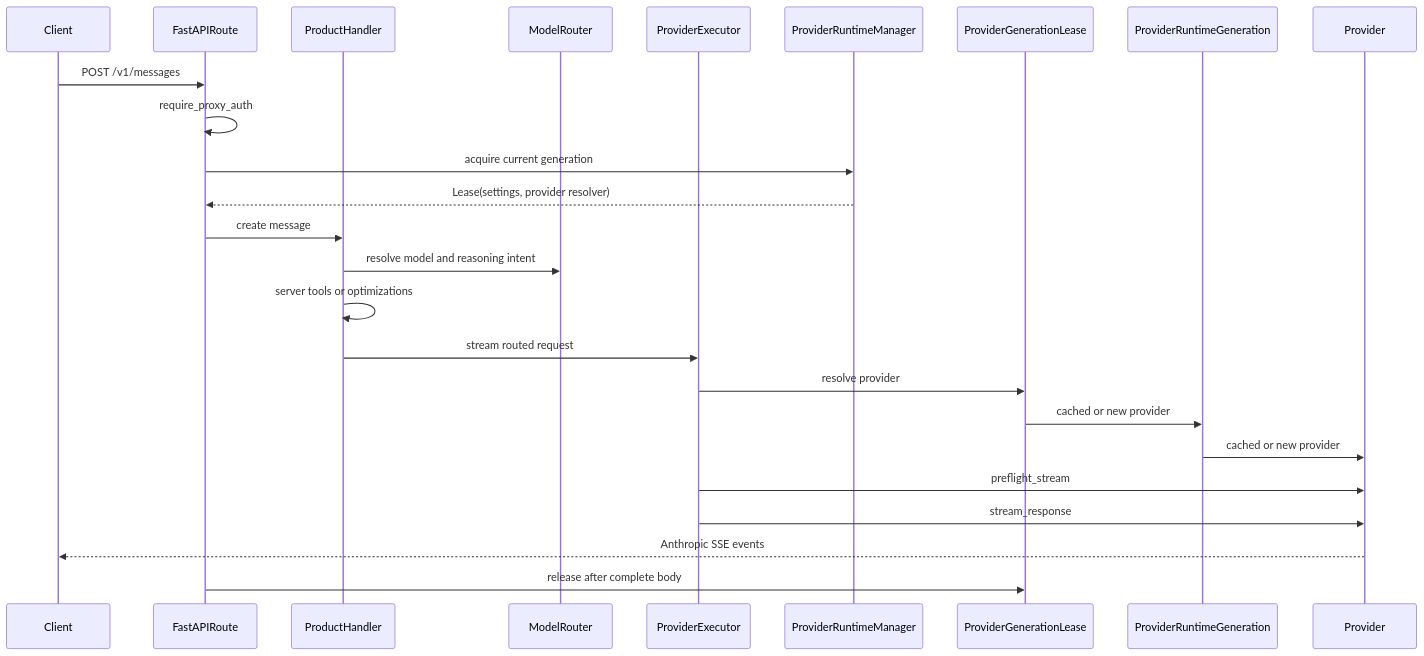
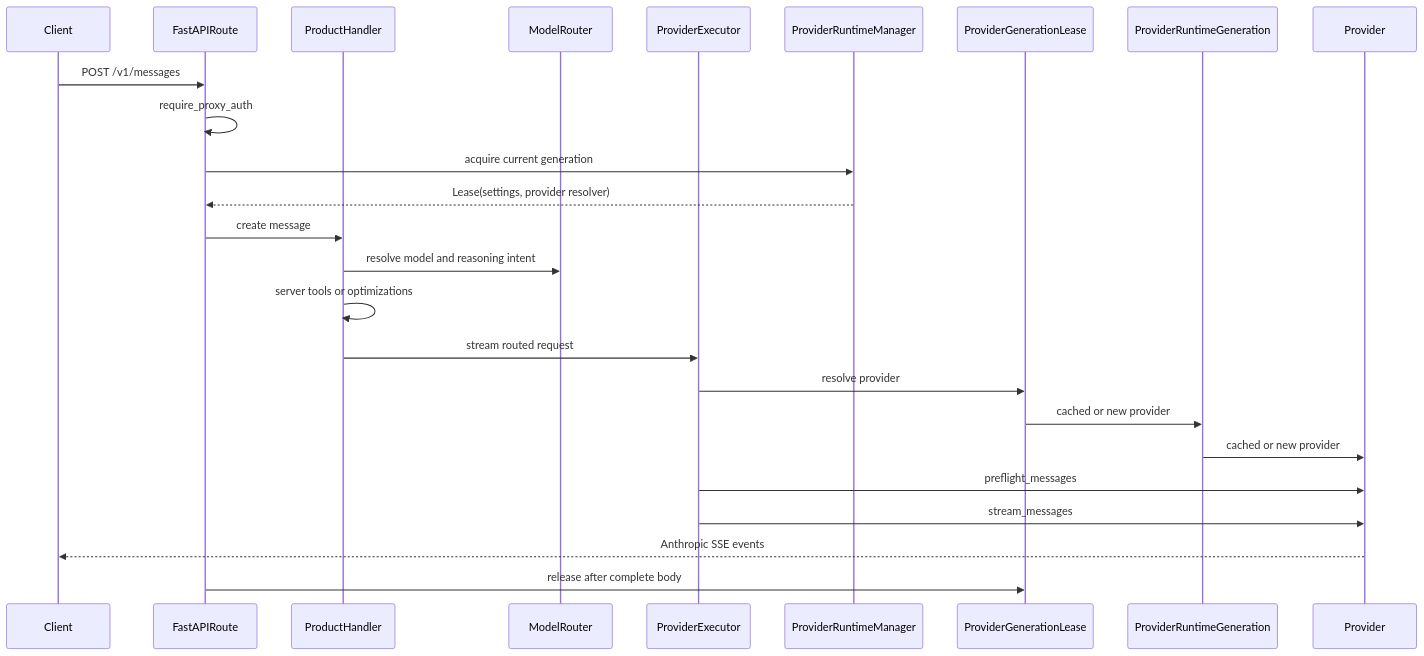
One commit to Alishahryar1/cc-nim changed the second of 3 diagrams in ARCHITECTURE.md. Above: the diagram before and after it, drawn with Mermaid. The commit also changed other lines of this file, not shown here.

````diff
--- a/ARCHITECTURE.md
+++ b/ARCHITECTURE.md
@@ -553,28 +553,28 @@
 ```mermaid
 sequenceDiagram
     participant Client
     participant Route as FastAPIRoute
     participant Handler as ProductHandler
     participant Router as ModelRouter
     participant Exec as ProviderExecutor
     participant Manager as ProviderRuntimeManager
     participant Lease as ProviderGenerationLease
     participant Runtime as ProviderRuntimeGeneration
     participant Provider
 
     Client->>Route: POST /v1/messages
     Route->>Route: require_proxy_auth
     Route->>Manager: acquire current generation
     Manager-->>Route: Lease(settings, provider resolver)
     Route->>Handler: create message
     Handler->>Router: resolve model and reasoning intent
     Handler->>Handler: server tools or optimizations
     Handler->>Exec: stream routed request
     Exec->>Lease: resolve provider
     Lease->>Runtime: cached or new provider
     Runtime->>Provider: cached or new provider
-    Exec->>Provider: preflight_stream
-    Exec->>Provider: stream_response
+    Exec->>Provider: preflight_messages
+    Exec->>Provider: stream_messages
     Provider-->>Client: Anthropic SSE events
     Route->>Lease: release after complete body
 ```
````
